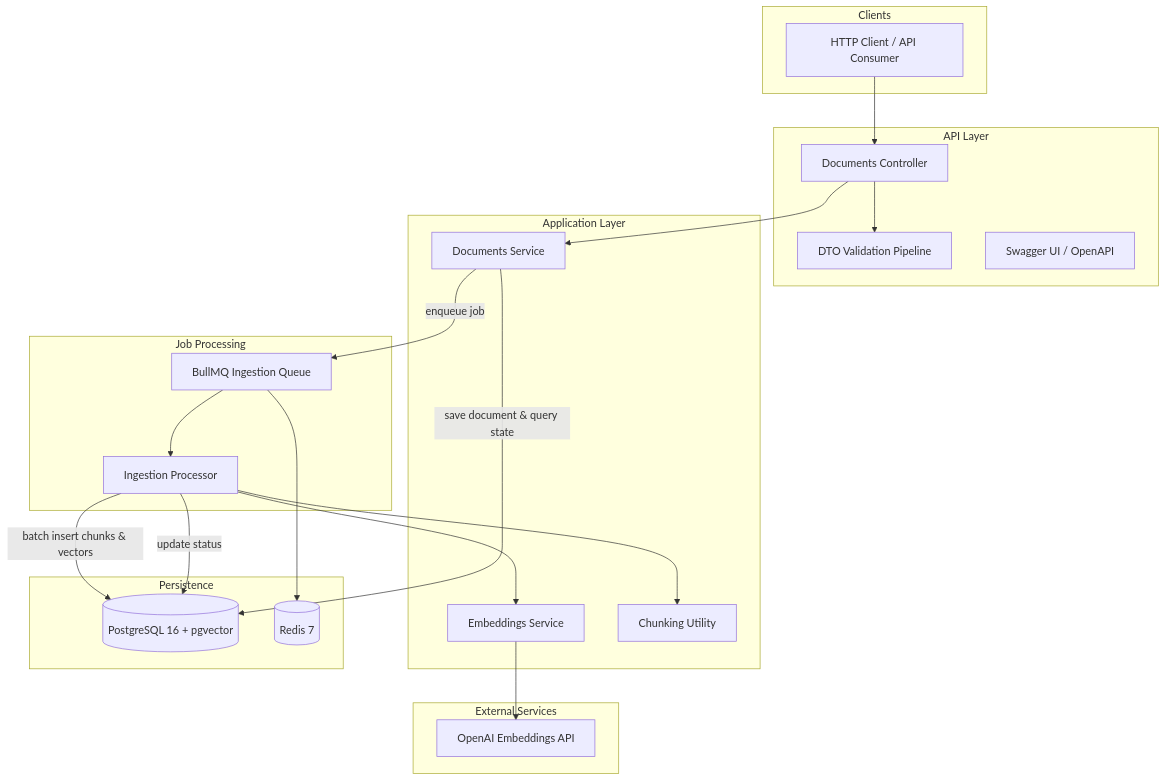
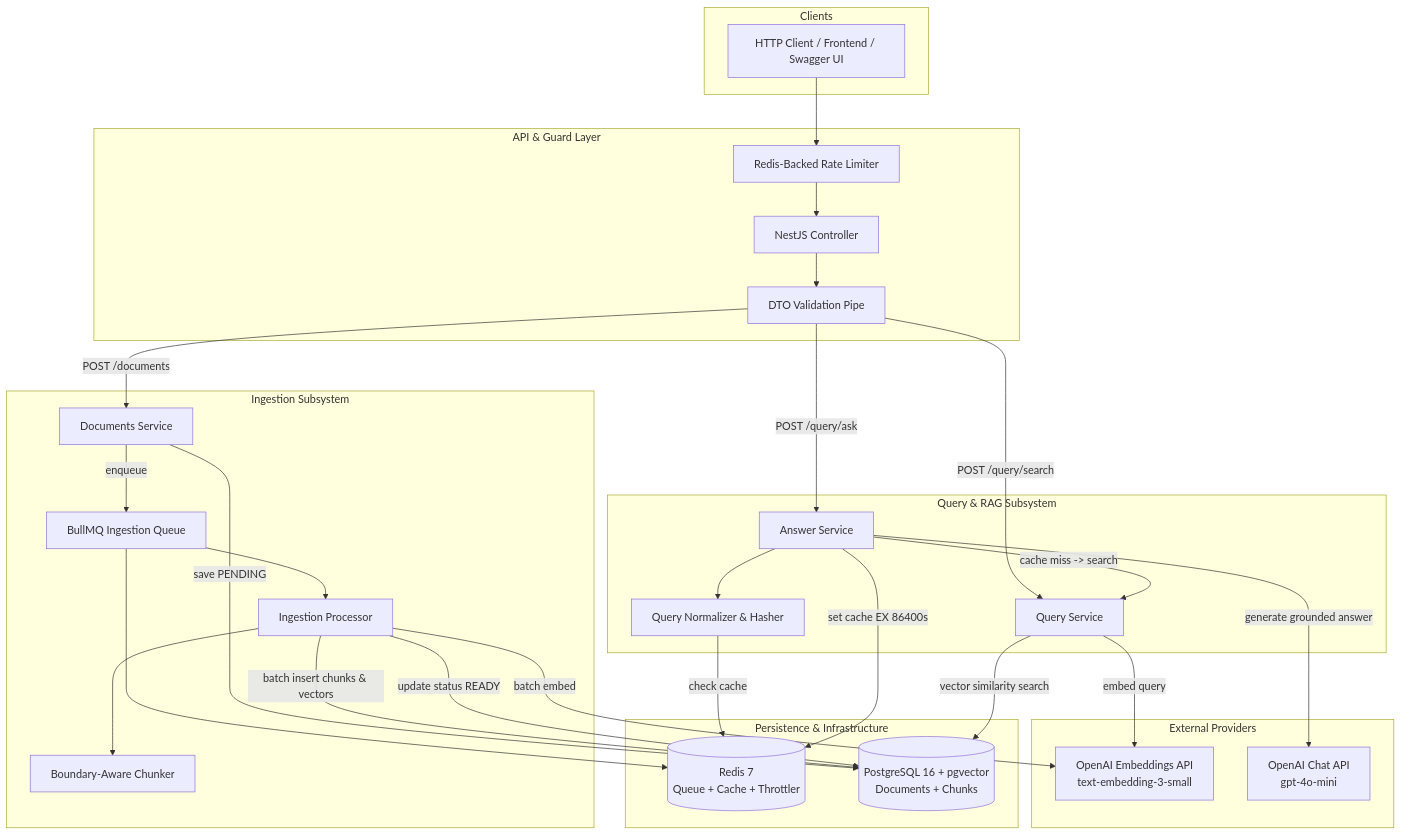
Before and after one commit to mo74x/Docmind: the first of 4 diagrams in README.md, drawn with Mermaid. The commit also changed other lines of this file and 4 other files, not shown here.

Commit message:
feat: implement Redis module for caching and rate limiting with initial configuration and service foundation

````diff
--- a/README.md
+++ b/README.md
@@ -37,45 +48,61 @@
 ```mermaid
 graph TB
     subgraph "Clients"
-        API_CLIENT[HTTP Client / API Consumer]
+        CLIENT[HTTP Client / Frontend / Swagger UI]
     end
 
-    subgraph "API Layer"
-        CONTROLLER[Documents Controller]
-        VALIDATION[DTO Validation Pipeline]
-        SWAGGER[Swagger UI / OpenAPI]
+    subgraph "API & Guard Layer"
+        GATEWAY[NestJS Controller]
+        THROTTLE[Redis-Backed Rate Limiter]
+        VALIDATION[DTO Validation Pipe]
     end
 
-    subgraph "Application Layer"
+    subgraph "Ingestion Subsystem"
         DOC_SVC[Documents Service]
-        EMBED_SVC[Embeddings Service]
-        CHUNK_UTIL[Chunking Utility]
+        BULLMQ[BullMQ Ingestion Queue]
+        WORKER[Ingestion Processor]
+        CHUNKER[Boundary-Aware Chunker]
     end
 
-    subgraph "Job Processing"
-        BULLMQ[BullMQ Ingestion Queue]
-        WORKER[Ingestion Processor]
+    subgraph "Query & RAG Subsystem"
+        QUERY_SVC[Query Service]
+        ANSWER_SVC[Answer Service]
+        NORMALIZER[Query Normalizer & Hasher]
     end
 
-    subgraph "Persistence"
-        PG[(PostgreSQL 16 + pgvector)]
-        REDIS[(Redis 7)]
+    subgraph "External Providers"
+        OPENAI_EMBED[OpenAI Embeddings API<br/>text-embedding-3-small]
+        OPENAI_CHAT[OpenAI Chat API<br/>gpt-4o-mini]
     end
 
-    subgraph "External Services"
-        OPENAI[OpenAI Embeddings API]
+    subgraph "Persistence & Infrastructure"
+        REDIS[(Redis 7<br/>Queue + Cache + Throttler)]
+        PG[(PostgreSQL 16 + pgvector<br/>Documents + Chunks)]
     end
 
-    API_CLIENT --> CONTROLLER
-    CONTROLLER --> VALIDATION
-    CONTROLLER --> DOC_SVC
-    DOC_SVC -->|save document & query state| PG
-    DOC_SVC -->|enqueue job| BULLMQ
+    CLIENT --> THROTTLE
+    THROTTLE --> GATEWAY
+    GATEWAY --> VALIDATION
+
+    %% Ingestion Flow
+    VALIDATION -->|POST /documents| DOC_SVC
+    DOC_SVC -->|save PENDING| PG
+    DOC_SVC -->|enqueue| BULLMQ
     BULLMQ --> REDIS
     BULLMQ --> WORKER
-    WORKER --> CHUNK_UTIL
-    WORKER --> EMBED_SVC
-    EMBED_SVC --> OPENAI
+    WORKER --> CHUNKER
+    WORKER -->|batch embed| OPENAI_EMBED
     WORKER -->|batch insert chunks & vectors| PG
-    WORKER -->|update status| PG
+    WORKER -->|update status READY| PG
+
+    %% Query & Answer Flow
+    VALIDATION -->|POST /query/search| QUERY_SVC
+    VALIDATION -->|POST /query/ask| ANSWER_SVC
+    ANSWER_SVC --> NORMALIZER
+    NORMALIZER -->|check cache| REDIS
+    ANSWER_SVC -->|cache miss -> search| QUERY_SVC
+    QUERY_SVC -->|embed query| OPENAI_EMBED
+    QUERY_SVC -->|vector similarity search| PG
+    ANSWER_SVC -->|generate grounded answer| OPENAI_CHAT
+    ANSWER_SVC -->|set cache EX 86400s| REDIS
 ```
````
